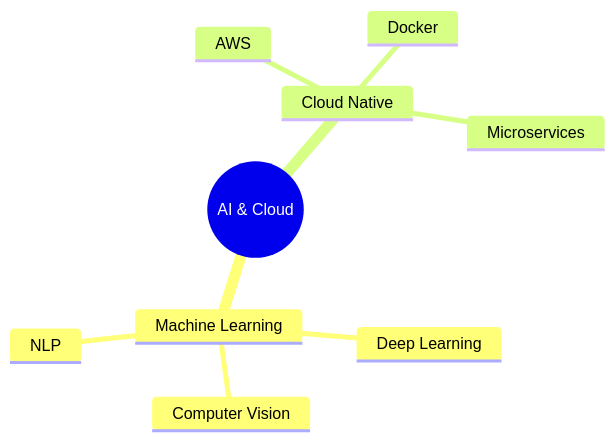
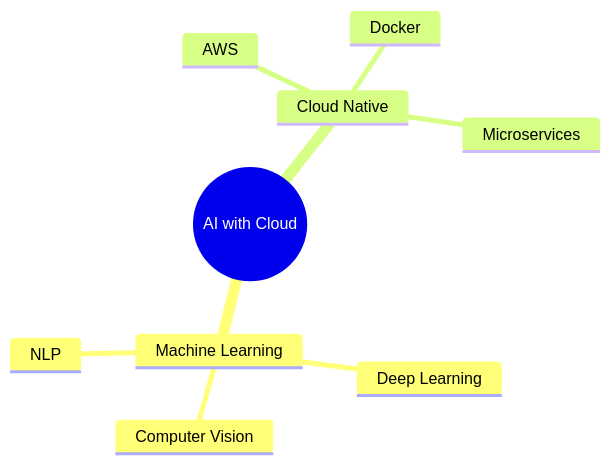
One commit to Abusooma/Abusooma changed the diagram in README.md. Above: the diagram before and after it, drawn with Mermaid.

````diff
--- a/README.md
+++ b/README.md
@@ -23,12 +23,12 @@
 ```mermaid
 mindmap
-  root((AI & Cloud))
+  root((AI with Cloud))
     Machine Learning
       Deep Learning
       Computer Vision
       NLP
     Cloud Native
       AWS
       Docker
       Microservices
 ```
````
